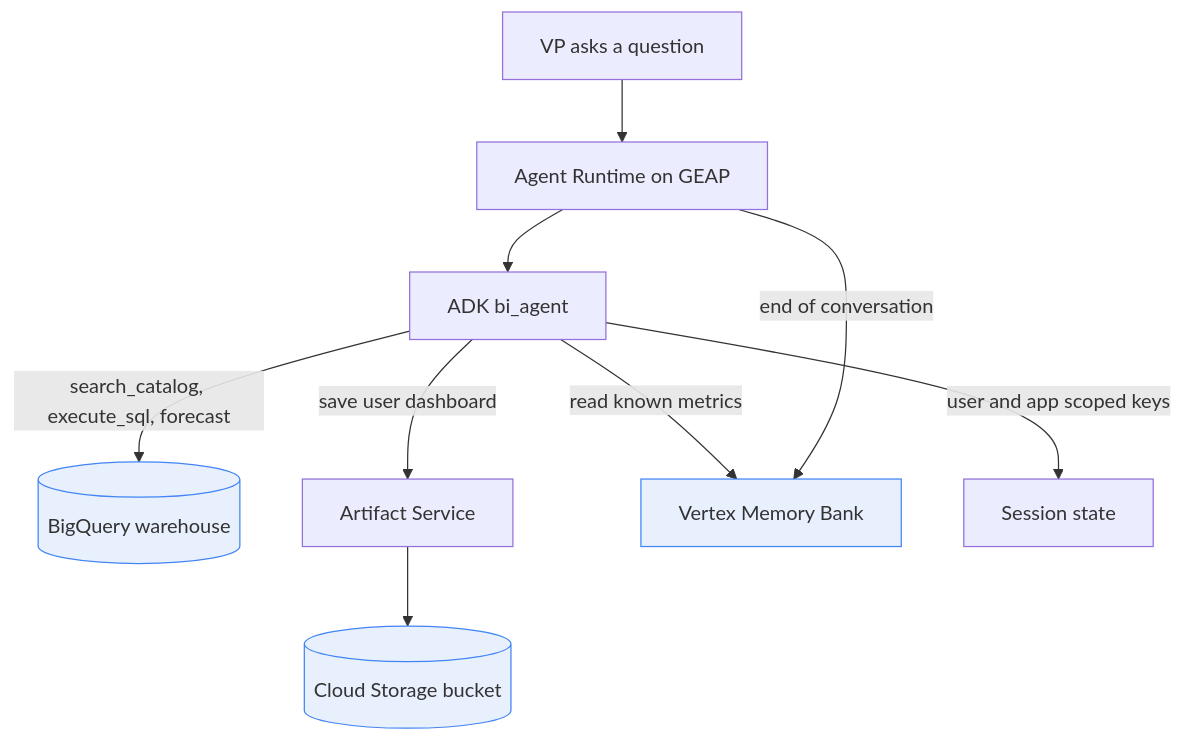
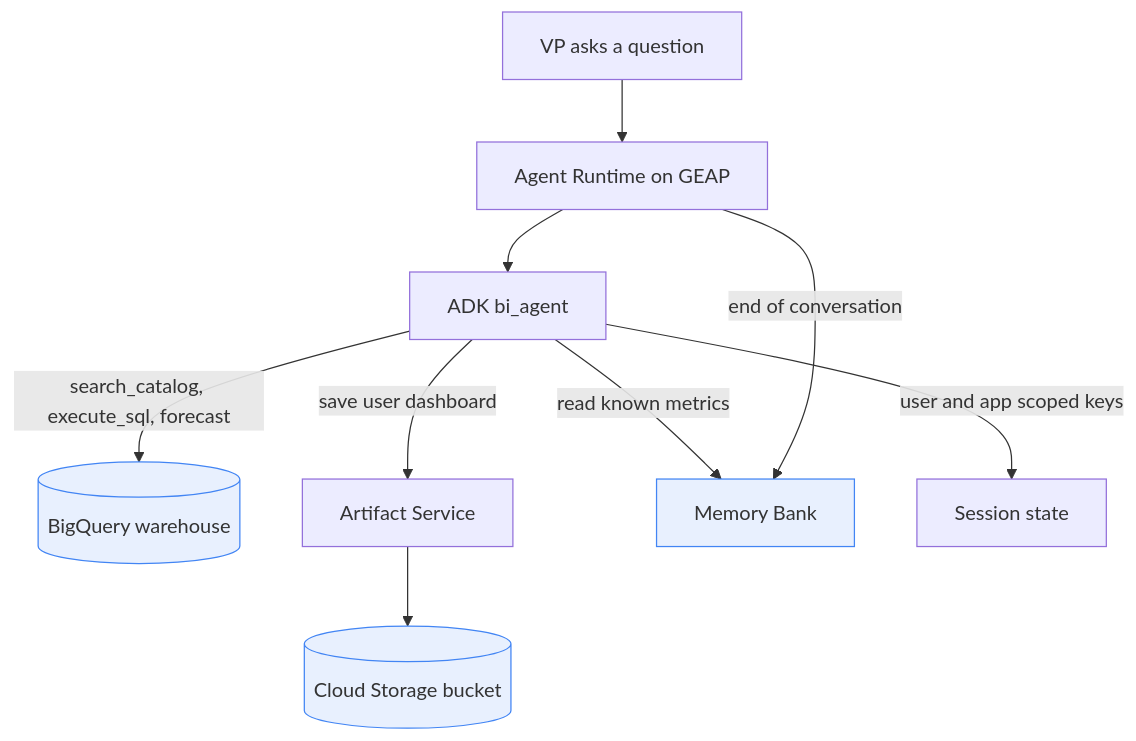
The second of 4 diagrams in front/public/blog/posts/field-notes/enterprise-agent-memory-continuity-adk-geap.md (JuanLara18/portfolio), drawn with Mermaid before and after one commit. The commit also changed other lines of this file and 2 other files, not shown here.

Commit message:
fix(blog): verify ADK memory post against 2.x APIs

````diff
--- a/front/public/blog/posts/field-notes/enterprise-agent-memory-continuity-adk-geap.md
+++ b/front/public/blog/posts/field-notes/enterprise-agent-memory-continuity-adk-geap.md
@@ -217,13 +270,13 @@
 ```mermaid
 flowchart TD
     VP[VP asks a question] --> RT[Agent Runtime on GEAP]
     RT --> AG[ADK bi_agent]
     AG -->|search_catalog, execute_sql, forecast| BQ[(BigQuery warehouse)]
     AG -->|save user dashboard| ART[Artifact Service]
     ART --> GCS[(Cloud Storage bucket)]
-    AG -->|read known metrics| MEM[Vertex Memory Bank]
+    AG -->|read known metrics| MEM[Memory Bank]
     AG -->|user and app scoped keys| ST[Session state]
     RT -->|end of conversation| MEM
     classDef g fill:#e8f0fe,stroke:#4285f4;
     class BQ,GCS,MEM g;
 ```
````
